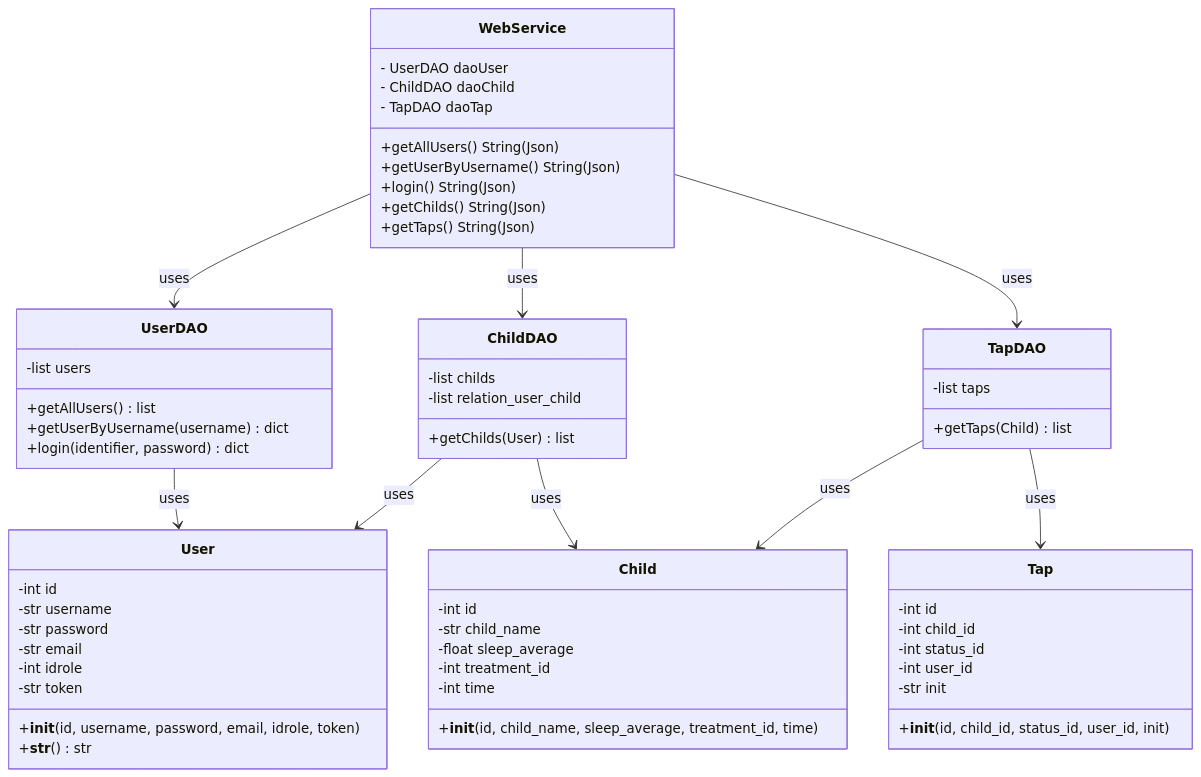
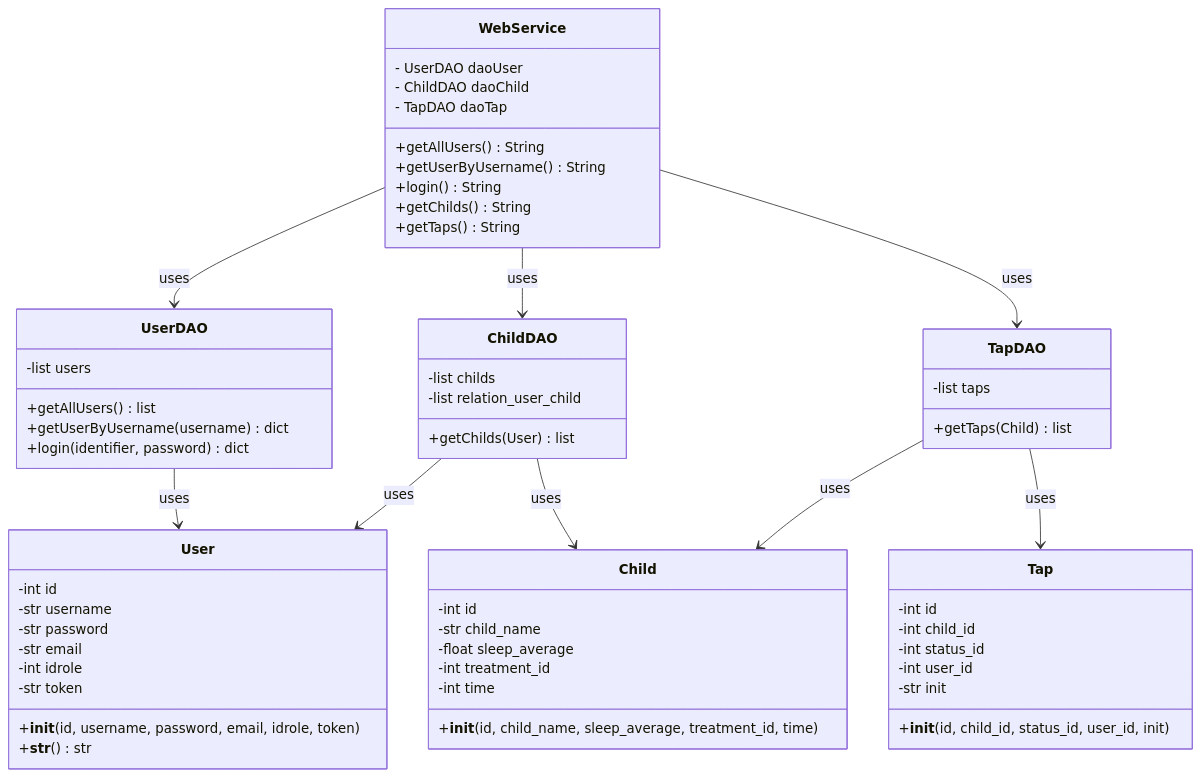
Before and after one commit to amallad2/entorns2526: the diagram in charts/classdiagramServerP2.mermaid, drawn with Mermaid.

```diff
--- a/charts/classdiagramServerP2.mermaid
+++ b/charts/classdiagramServerP2.mermaid
@@ -1,71 +1,71 @@
 classDiagram
     %% === ENTITATS DE MODEL ===
     class User {
         -int id
         -str username
         -str password
         -str email
         -int idrole
         -str token
         +__init__(id, username, password, email, idrole, token)
         +__str__() str
     }
 
     class Child {
         -int id
         -str child_name
         -float sleep_average
         -int treatment_id
         -int time
         +__init__(id, child_name, sleep_average, treatment_id, time)
     }
 
     class Tap {
         -int id
         -int child_id
         -int status_id
         -int user_id
         -str init
         +__init__(id, child_id, status_id, user_id, init)
     }
 
     %% === CAPA DAO (ACCESS LAYER) - SERVIDOR ===
     class UserDAO {
         -list users
         +getAllUsers() list
         +getUserByUsername(username) dict
         +login(identifier, password) dict
     }
 
     class ChildDAO {
         -list childs
         -list relation_user_child
         +getChilds(User) list<Child>
     }
 
 
     class TapDAO {
         -list taps
         +getTaps(Child) list<Tap>
     }
 
 
     class WebService {
         - UserDAO daoUser
         - ChildDAO daoChild
         - TapDAO daoTap
-        +getAllUsers() String(Json)
-        +getUserByUsername() String(Json)
-        +login() String(Json)
-        +getChilds() String(Json)
-        +getTaps() String(Json)
+        +getAllUsers() String<Json>
+        +getUserByUsername() String<Json>
+        +login() String<Json>
+        +getChilds() String<Json>
+        +getTaps() String<Json>
     }
 
     UserDAO --> User : uses
     ChildDAO --> Child : uses
     ChildDAO --> User : uses
     TapDAO --> Tap : uses
     TapDAO --> Child : uses
     WebService --> UserDAO : uses
     WebService --> ChildDAO : uses
     WebService --> TapDAO : uses
```
